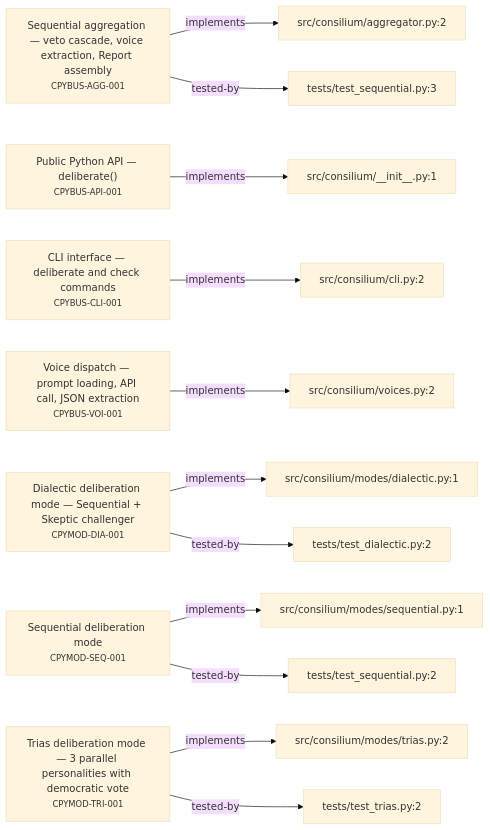
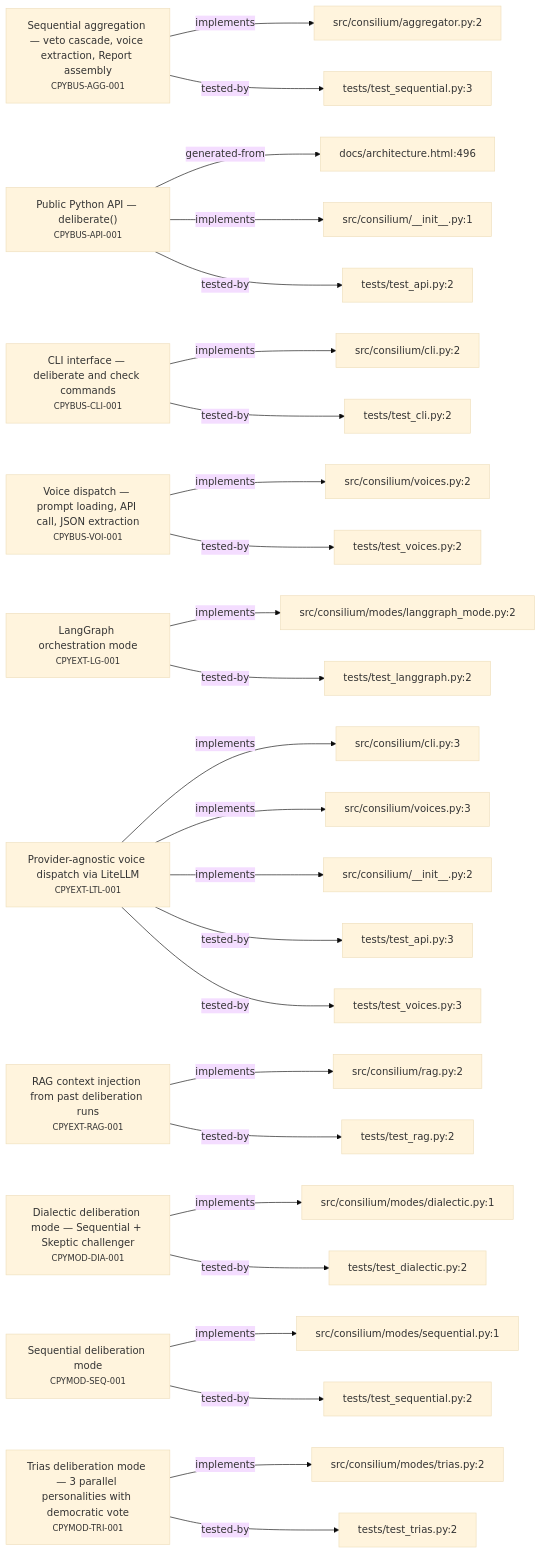
The second of 4 diagrams in requirements/_map.md (alxmax/Consilium-py), drawn with Mermaid (base theme) before and after one commit. The commit also changed other lines of this file and 22 other files, not shown here.

````diff
--- a/requirements/_map.md
+++ b/requirements/_map.md
@@ -40,32 +45,61 @@
 ```mermaid
 graph LR
   CPYBUS_AGG_001["Sequential aggregation — veto cascade, voice extraction, Report assembly<br><small>CPYBUS-AGG-001</small>"]
   f_src_consilium_aggregator_py_2["src/consilium/aggregator.py:2"]
   CPYBUS_AGG_001 -->|implements| f_src_consilium_aggregator_py_2
   f_tests_test_sequential_py_3["tests/test_sequential.py:3"]
   CPYBUS_AGG_001 -->|tested-by| f_tests_test_sequential_py_3
   CPYBUS_API_001["Public Python API — deliberate()<br><small>CPYBUS-API-001</small>"]
+  f_docs_architecture_html_496["docs/architecture.html:496"]
+  CPYBUS_API_001 -->|generated-from| f_docs_architecture_html_496
   f_src_consilium___init___py_1["src/consilium/__init__.py:1"]
   CPYBUS_API_001 -->|implements| f_src_consilium___init___py_1
+  f_tests_test_api_py_2["tests/test_api.py:2"]
+  CPYBUS_API_001 -->|tested-by| f_tests_test_api_py_2
   CPYBUS_CLI_001["CLI interface — deliberate and check commands<br><small>CPYBUS-CLI-001</small>"]
   f_src_consilium_cli_py_2["src/consilium/cli.py:2"]
   CPYBUS_CLI_001 -->|implements| f_src_consilium_cli_py_2
+  f_tests_test_cli_py_2["tests/test_cli.py:2"]
+  CPYBUS_CLI_001 -->|tested-by| f_tests_test_cli_py_2
   CPYBUS_VOI_001["Voice dispatch — prompt loading, API call, JSON extraction<br><small>CPYBUS-VOI-001</small>"]
   f_src_consilium_voices_py_2["src/consilium/voices.py:2"]
   CPYBUS_VOI_001 -->|implements| f_src_consilium_voices_py_2
+  f_tests_test_voices_py_2["tests/test_voices.py:2"]
+  CPYBUS_VOI_001 -->|tested-by| f_tests_test_voices_py_2
+  CPYEXT_LG_001["LangGraph orchestration mode<br><small>CPYEXT-LG-001</small>"]
+  f_src_consilium_modes_langgraph_mode_py_2["src/consilium/modes/langgraph_mode.py:2"]
+  CPYEXT_LG_001 -->|implements| f_src_consilium_modes_langgraph_mode_py_2
+  f_tests_test_langgraph_py_2["tests/test_langgraph.py:2"]
+  CPYEXT_LG_001 -->|tested-by| f_tests_test_langgraph_py_2
+  CPYEXT_LTL_001["Provider-agnostic voice dispatch via LiteLLM<br><small>CPYEXT-LTL-001</small>"]
+  f_src_consilium_cli_py_3["src/consilium/cli.py:3"]
+  CPYEXT_LTL_001 -->|implements| f_src_consilium_cli_py_3
+  f_src_consilium_voices_py_3["src/consilium/voices.py:3"]
+  CPYEXT_LTL_001 -->|implements| f_src_consilium_voices_py_3
+  f_src_consilium___init___py_2["src/consilium/__init__.py:2"]
+  CPYEXT_LTL_001 -->|implements| f_src_consilium___init___py_2
+  f_tests_test_api_py_3["tests/test_api.py:3"]
+  CPYEXT_LTL_001 -->|tested-by| f_tests_test_api_py_3
+  f_tests_test_voices_py_3["tests/test_voices.py:3"]
+  CPYEXT_LTL_001 -->|tested-by| f_tests_test_voices_py_3
+  CPYEXT_RAG_001["RAG context injection from past deliberation runs<br><small>CPYEXT-RAG-001</small>"]
+  f_src_consilium_rag_py_2["src/consilium/rag.py:2"]
+  CPYEXT_RAG_001 -->|implements| f_src_consilium_rag_py_2
+  f_tests_test_rag_py_2["tests/test_rag.py:2"]
+  CPYEXT_RAG_001 -->|tested-by| f_tests_test_rag_py_2
   CPYMOD_DIA_001["Dialectic deliberation mode — Sequential + Skeptic challenger<br><small>CPYMOD-DIA-001</small>"]
   f_src_consilium_modes_dialectic_py_1["src/consilium/modes/dialectic.py:1"]
   CPYMOD_DIA_001 -->|implements| f_src_consilium_modes_dialectic_py_1
   f_tests_test_dialectic_py_2["tests/test_dialectic.py:2"]
   CPYMOD_DIA_001 -->|tested-by| f_tests_test_dialectic_py_2
   CPYMOD_SEQ_001["Sequential deliberation mode<br><small>CPYMOD-SEQ-001</small>"]
   f_src_consilium_modes_sequential_py_1["src/consilium/modes/sequential.py:1"]
   CPYMOD_SEQ_001 -->|implements| f_src_consilium_modes_sequential_py_1
   f_tests_test_sequential_py_2["tests/test_sequential.py:2"]
   CPYMOD_SEQ_001 -->|tested-by| f_tests_test_sequential_py_2
   CPYMOD_TRI_001["Trias deliberation mode — 3 parallel personalities with democratic vote<br><small>CPYMOD-TRI-001</small>"]
   f_src_consilium_modes_trias_py_2["src/consilium/modes/trias.py:2"]
   CPYMOD_TRI_001 -->|implements| f_src_consilium_modes_trias_py_2
   f_tests_test_trias_py_2["tests/test_trias.py:2"]
   CPYMOD_TRI_001 -->|tested-by| f_tests_test_trias_py_2
 ```
````
